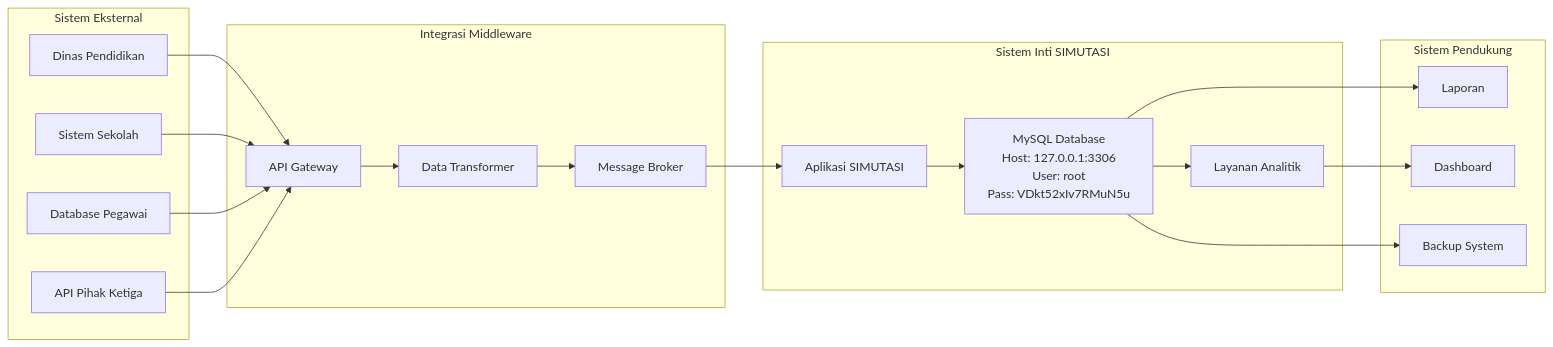
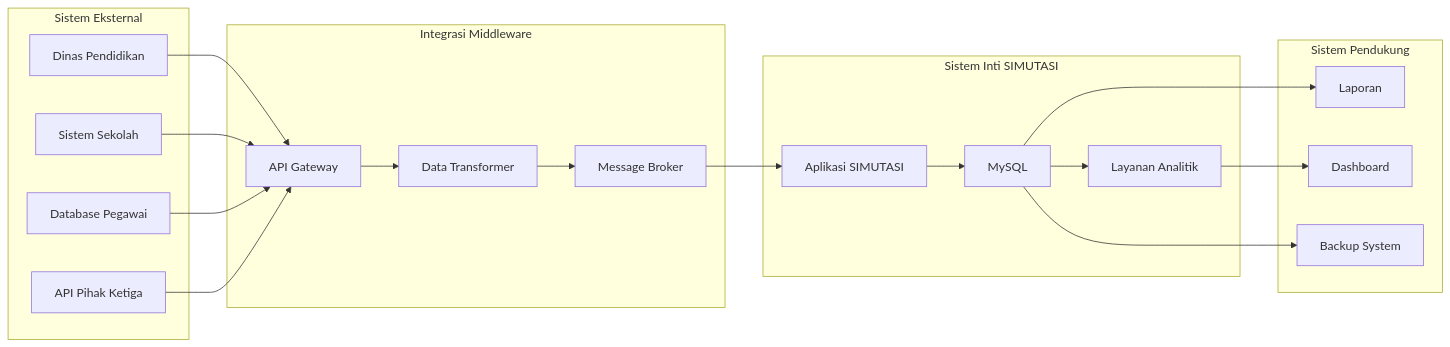
Before and after one commit to alibungker/superapp: the second of 6 diagrams in simutasi/simutasi_Data_Architecture_Document(DAD).md, drawn with Mermaid. The commit also changed other lines of this file, not shown here.

````diff
--- a/simutasi/simutasi_Data_Architecture_Document(DAD).md
+++ b/simutasi/simutasi_Data_Architecture_Document(DAD).md
@@ -194,40 +194,40 @@
 ```mermaid
 graph LR
     subgraph "Sistem Eksternal"
         A[Dinas Pendidikan]
         B[Sistem Sekolah]
         C[Database Pegawai]
         D[API Pihak Ketiga]
     end
     
     subgraph "Integrasi Middleware"
         E[API Gateway]
         F[Data Transformer]
         G[Message Broker]
     end
     
     subgraph "Sistem Inti SIMUTASI"
         H[Aplikasi SIMUTASI]
-        I[MySQL Database<br/>Host: 127.0.0.1:3306<br/>User: root<br/>Pass: VDkt52xIv7RMuN5u]
+        I[MySQL]
         J[Layanan Analitik]
     end
     
     subgraph "Sistem Pendukung"
         K[Laporan]
         L[Dashboard]
         M[Backup System]
     end
     
     A --> E
     B --> E
     C --> E
     D --> E
     E --> F
     F --> G
     G --> H
     H --> I
     I --> J
     I --> K
     J --> L
     I --> M
 ```
````
